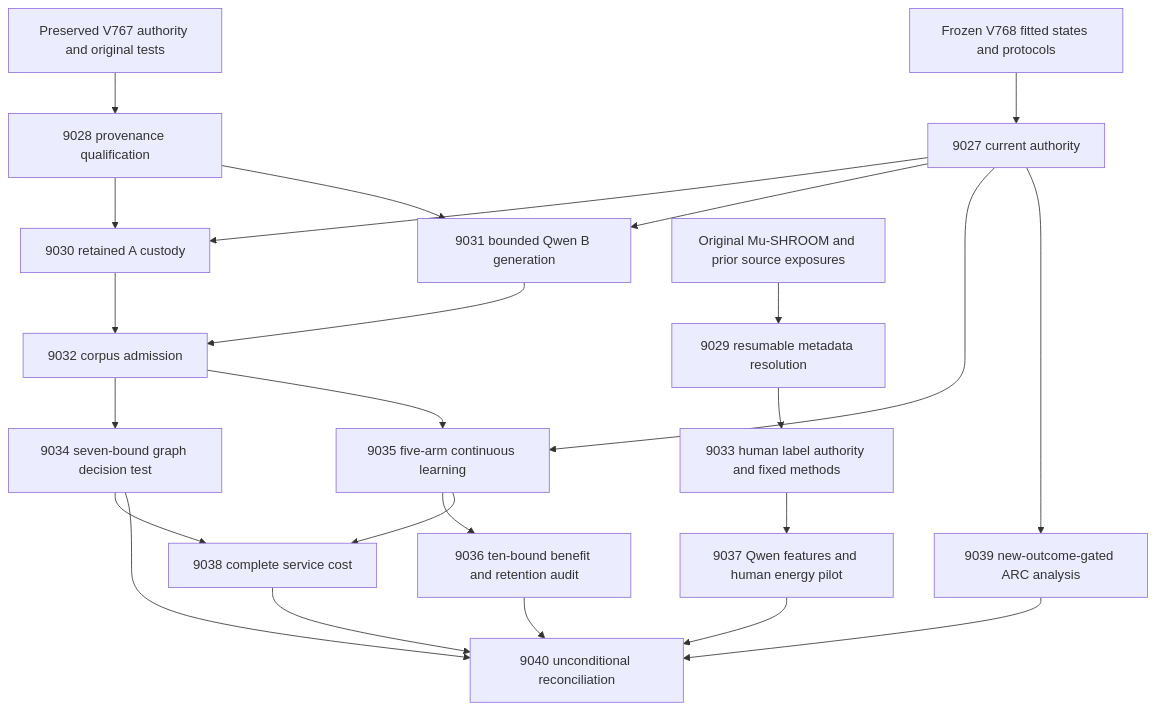
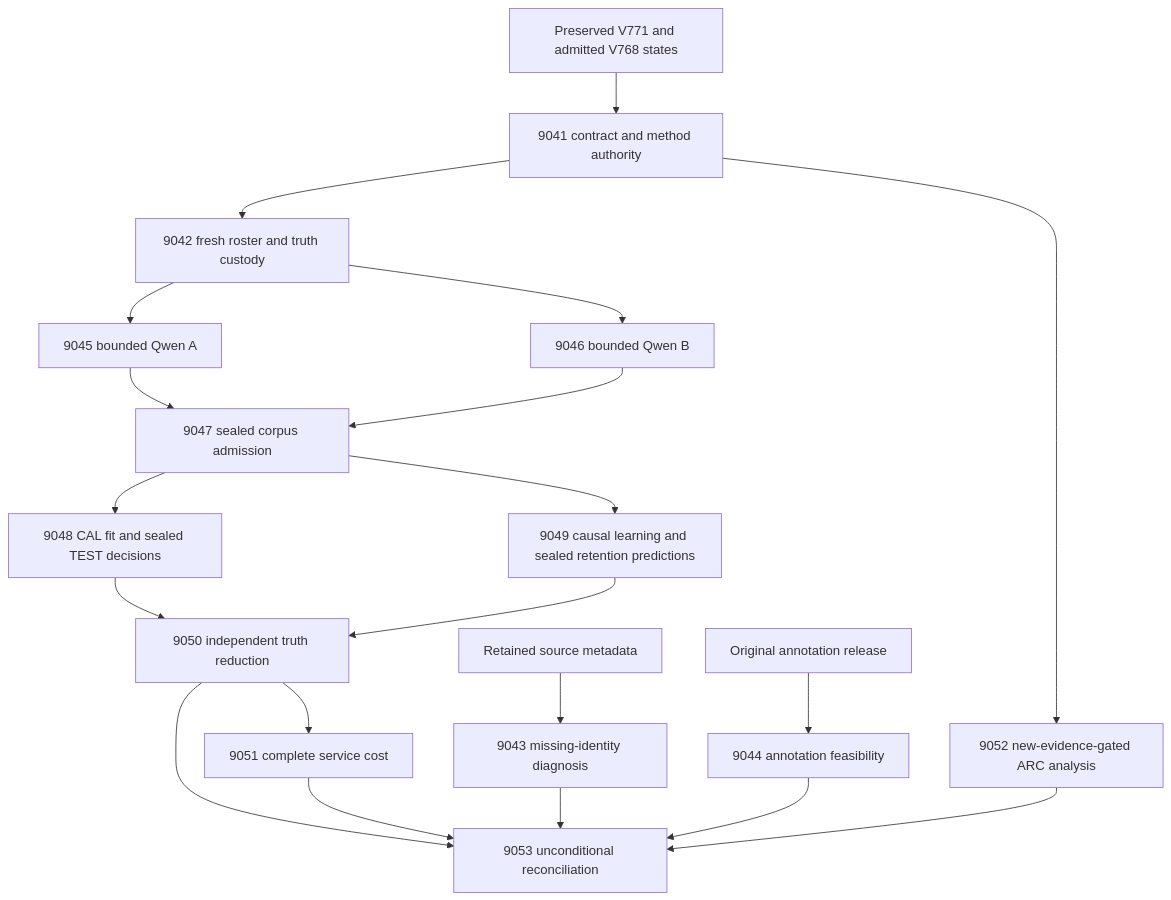
One commit to Carnot-EBM/carnot-ebm changed the first of 2 diagrams in openspec/change-proposals/research-roadmap-vNEXT.md. Above: the diagram before and after it, drawn with Mermaid. The commit also changed other lines of this file and 21 other files, not shown here.

````diff
--- a/openspec/change-proposals/research-roadmap-vNEXT.md
+++ b/openspec/change-proposals/research-roadmap-vNEXT.md
@@ -91,26 +84,22 @@
 ```mermaid
 flowchart TD
-    V[Frozen V768 fitted states and protocols] --> C[9027 current authority]
-    H[Preserved V767 authority and original tests] --> P[9028 provenance qualification]
-    P --> A[9030 retained A custody]
-    P --> B[9031 bounded Qwen B generation]
-    C --> A
-    C --> B
-    A --> J[9032 corpus admission]
+    H[Preserved V771 and admitted V768 states] --> C[9041 contract and method authority]
+    C --> M[9042 fresh roster and truth custody]
+    M --> A[9045 bounded Qwen A]
+    M --> B[9046 bounded Qwen B]
+    A --> J[9047 sealed corpus admission]
     B --> J
-    J --> D[9034 seven-bound graph decision test]
-    J --> O[9035 five-arm continuous learning]
-    C --> O
-    O --> R[9036 ten-bound benefit and retention audit]
-    D --> K[9038 complete service cost]
-    O --> K
-    M[Original Mu-SHROOM and prior source exposures] --> S[9029 resumable metadata resolution]
-    S --> F[9033 human label authority and fixed methods]
-    F --> N[9037 Qwen features and human energy pilot]
-    C --> X[9039 new-outcome-gated ARC analysis]
-    D --> Z[9040 unconditional reconciliation]
-    R --> Z
-    N --> Z
+    J --> D[9048 CAL fit and sealed TEST decisions]
+    J --> O[9049 causal learning and sealed retention predictions]
+    D --> E[9050 independent truth reduction]
+    O --> E
+    E --> K[9051 complete service cost]
+    Q[Retained source metadata] --> I[9043 missing-identity diagnosis]
+    R[Original annotation release] --> F[9044 annotation feasibility]
+    C --> X[9052 new-evidence-gated ARC analysis]
+    E --> Z[9053 unconditional reconciliation]
     K --> Z
+    I --> Z
+    F --> Z
     X --> Z
 ```
````
